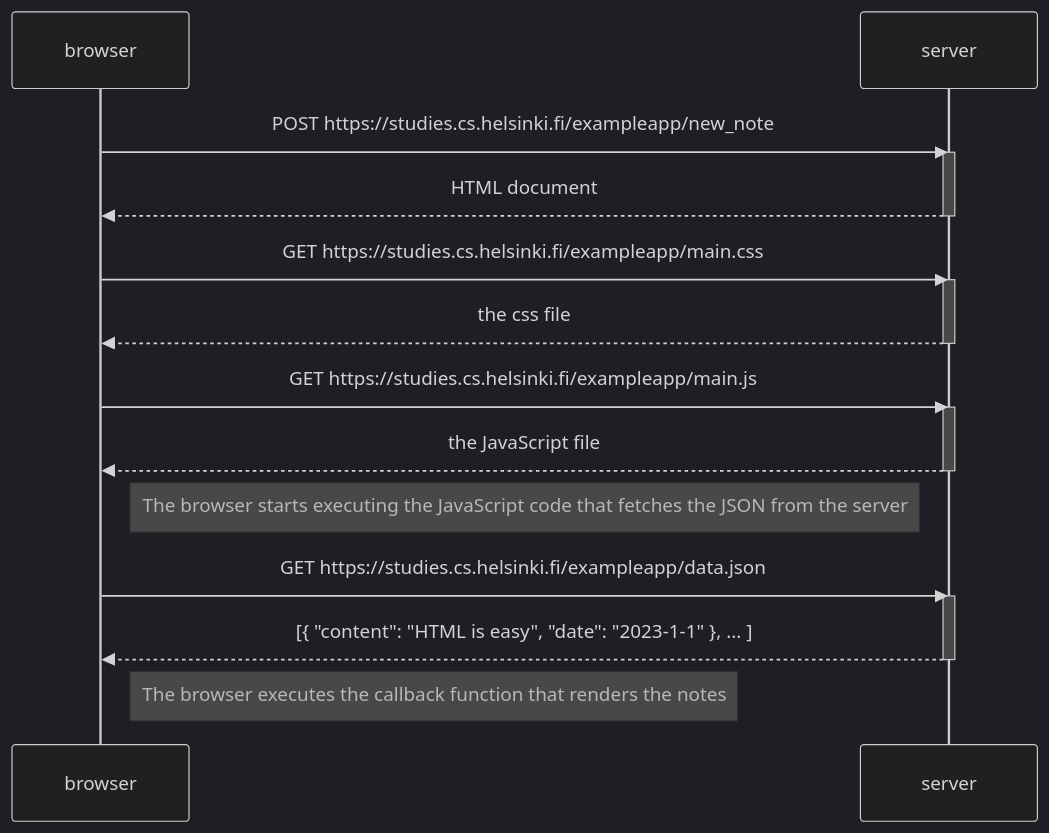
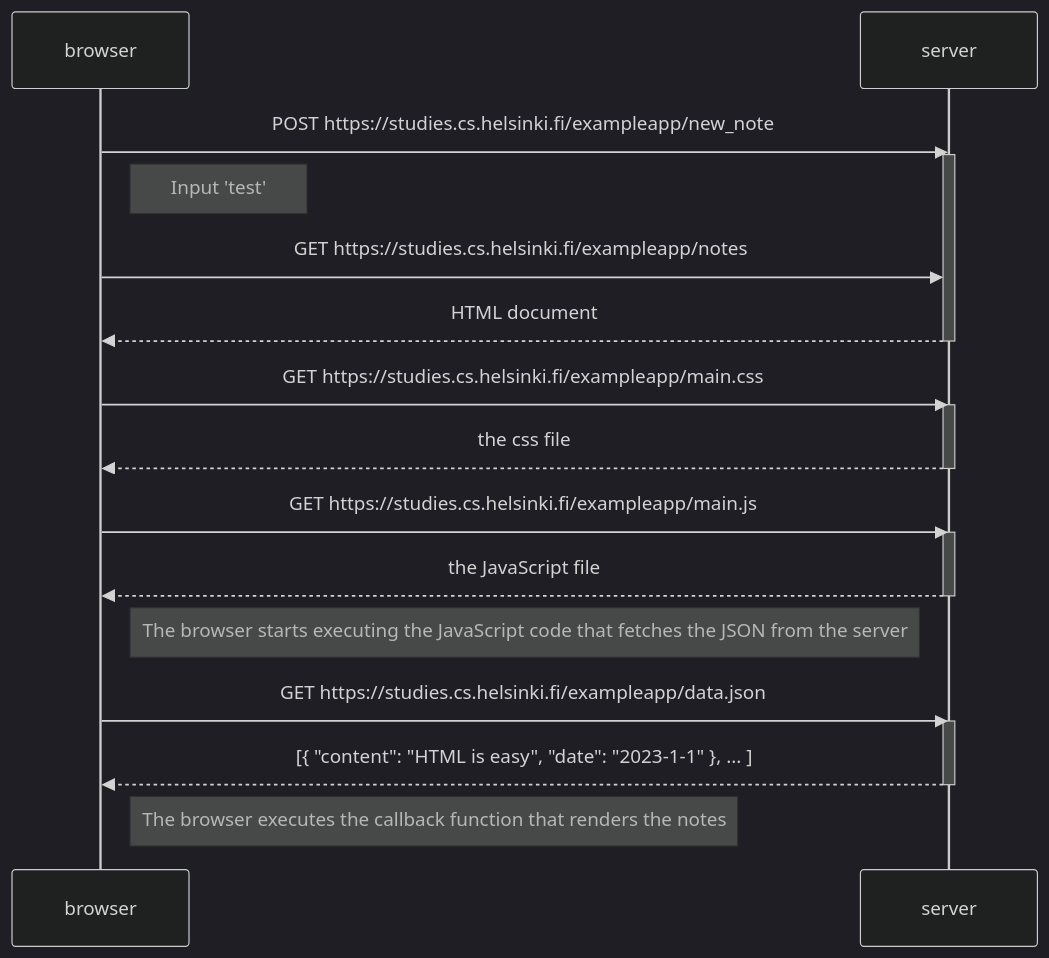
One commit to oriodev/fullstackopen changed the diagram in part0/newnotediagram.md. Above: the diagram before and after it, drawn with Mermaid (dark theme).

Commit message:
finished newnotdiagram

````diff
--- a/part0/newnotediagram.md
+++ b/part0/newnotediagram.md
@@ -1,29 +1,32 @@
 ```mermaid
 sequenceDiagram
     participant browser
     participant server
 
     browser->>server: POST https://studies.cs.helsinki.fi/exampleapp/new_note
     activate server
+    Note right of browser: Input 'test'
+
+    browser->>server: GET https://studies.cs.helsinki.fi/exampleapp/notes
     server-->>browser: HTML document
     deactivate server
 
     browser->>server: GET https://studies.cs.helsinki.fi/exampleapp/main.css
     activate server
     server-->>browser: the css file
     deactivate server
 
     browser->>server: GET https://studies.cs.helsinki.fi/exampleapp/main.js
     activate server
     server-->>browser: the JavaScript file
     deactivate server
 
     Note right of browser: The browser starts executing the JavaScript code that fetches the JSON from the server
 
     browser->>server: GET https://studies.cs.helsinki.fi/exampleapp/data.json
     activate server
     server-->>browser: [{ "content": "HTML is easy", "date": "2023-1-1" }, ... ]
     deactivate server
 
     Note right of browser: The browser executes the callback function that renders the notes
 ```
````
